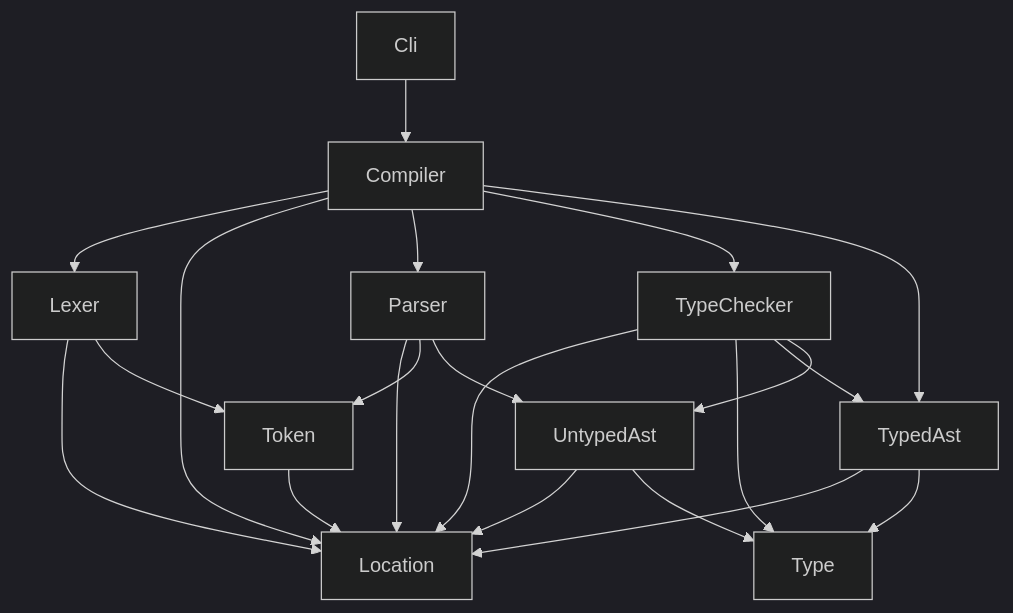
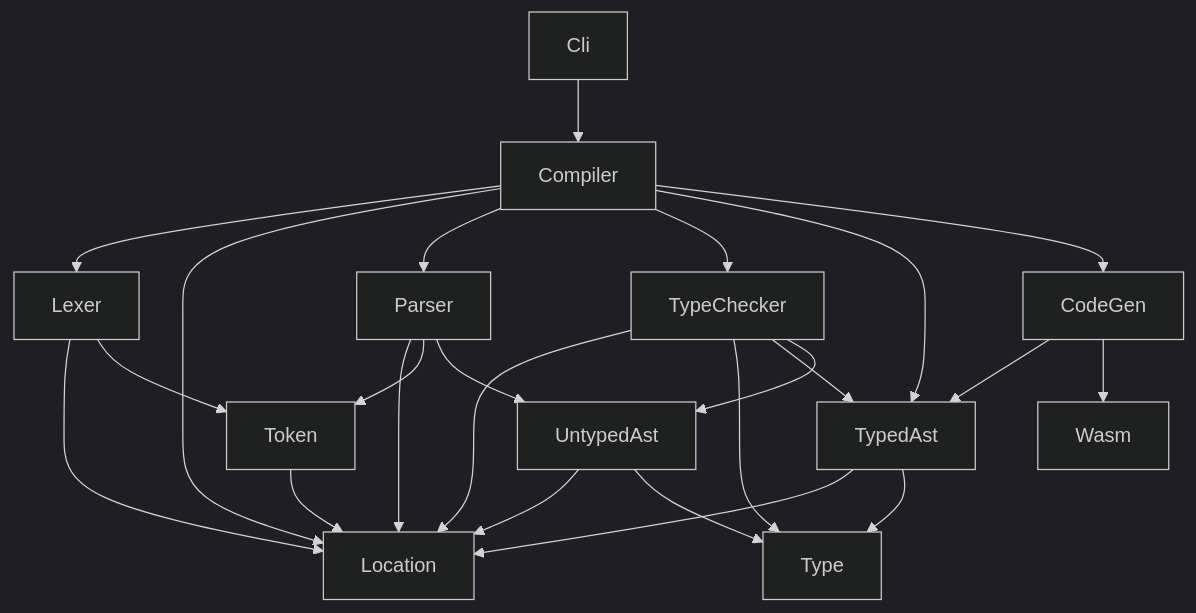
The diagram in README.md (0918nobita/waxt), drawn with Mermaid (dark theme) before and after one commit. The commit also changed 5 other files, not shown here.

Commit message:
:new: コード生成用のライブラリ Waxt.CodeGen を追加した

````diff
--- a/README.md
+++ b/README.md
@@ -84,23 +84,26 @@
 ```mermaid
 graph TB
   Token-->Location
   Lexer-->Location
   Lexer-->Token
   UntypedAst-->Location
   UntypedAst-->Type
   Parser-->Location
   Parser-->Token
   Parser-->UntypedAst
   TypedAst-->Location
   TypedAst-->Type
   TypeChecker-->Location
   TypeChecker-->Type
   TypeChecker-->TypedAst
   TypeChecker-->UntypedAst
+  CodeGen-->TypedAst
+  CodeGen-->Wasm
   Compiler-->Lexer
   Compiler-->Location
   Compiler-->Parser
   Compiler-->TypeChecker
   Compiler-->TypedAst
+  Compiler-->CodeGen
   Cli-->Compiler
 ```
````
